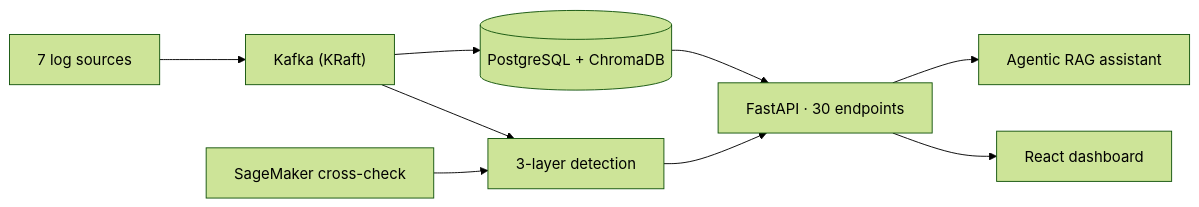
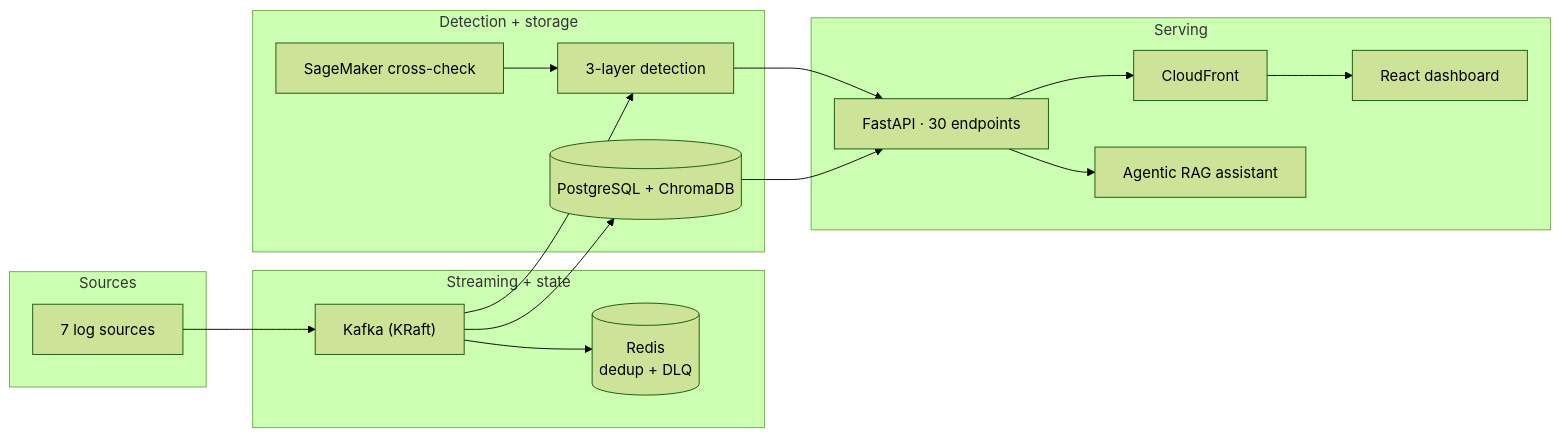
Before and after one commit to AhmedIkram05/laad: the diagram in README.md, drawn with Mermaid (forest theme). The commit also changed other lines of this file, not shown here.

Commit message:
docs: enhance README structure with detailed flowchart and section updates
- Improved the flowchart in the README to better represent the architecture, breaking down components into subgraphs for clarity.
- Updated section titles for consistency and enhanced readability, including a new format for the "Every Piece, in One Line" section.
- Ensured a clearer depiction of the data flow from log sources through to serving components.

````diff
--- a/README.md
+++ b/README.md
@@ -43,11 +43,30 @@
 ```mermaid
 flowchart LR
-  S[7 log sources] --> K["Kafka (KRaft)"]
-  K --> D[3-layer detection]
-  K --> P[(PostgreSQL + ChromaDB)]
-  D --> A[FastAPI · 30 endpoints]
+  subgraph SRC["Sources"]
+    S[7 log sources]
+  end
+  subgraph STREAM["Streaming + state"]
+    K["Kafka (KRaft)"]
+    R[(Redis<br/>dedup + DLQ)]
+  end
+  subgraph DETECT["Detection + storage"]
+    D[3-layer detection]
+    M[SageMaker cross-check]
+    P[(PostgreSQL + ChromaDB)]
+  end
+  subgraph SERVE["Serving"]
+    A[FastAPI · 30 endpoints]
+    CF[CloudFront]
+    F[React dashboard]
+    G[Agentic RAG assistant]
+  end
+  S --> K
+  K --> D
+  K --> P
+  K --> R
+  M --> D
+  D --> A
   P --> A
-  M[SageMaker cross-check] --> D
-  A --> F[React dashboard]
-  A --> R[Agentic RAG assistant]
+  A --> CF --> F
+  A --> G
 ```
````
